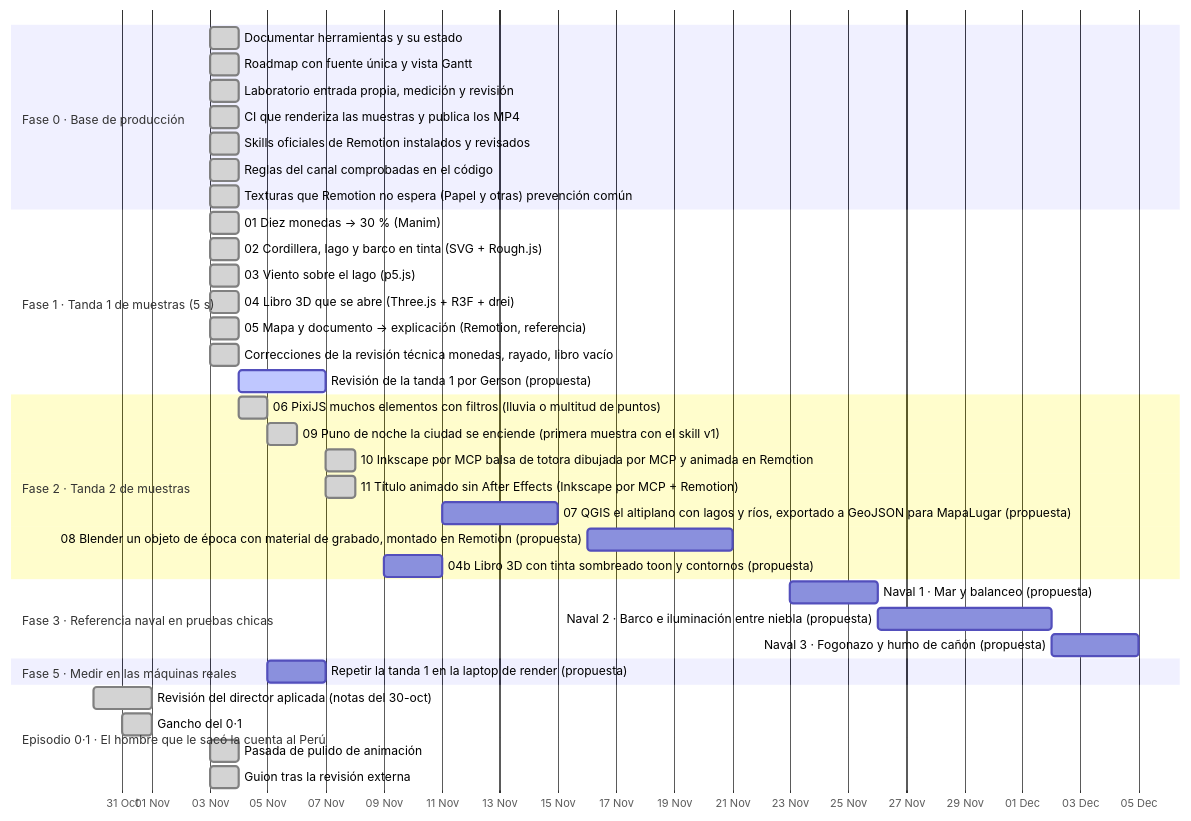
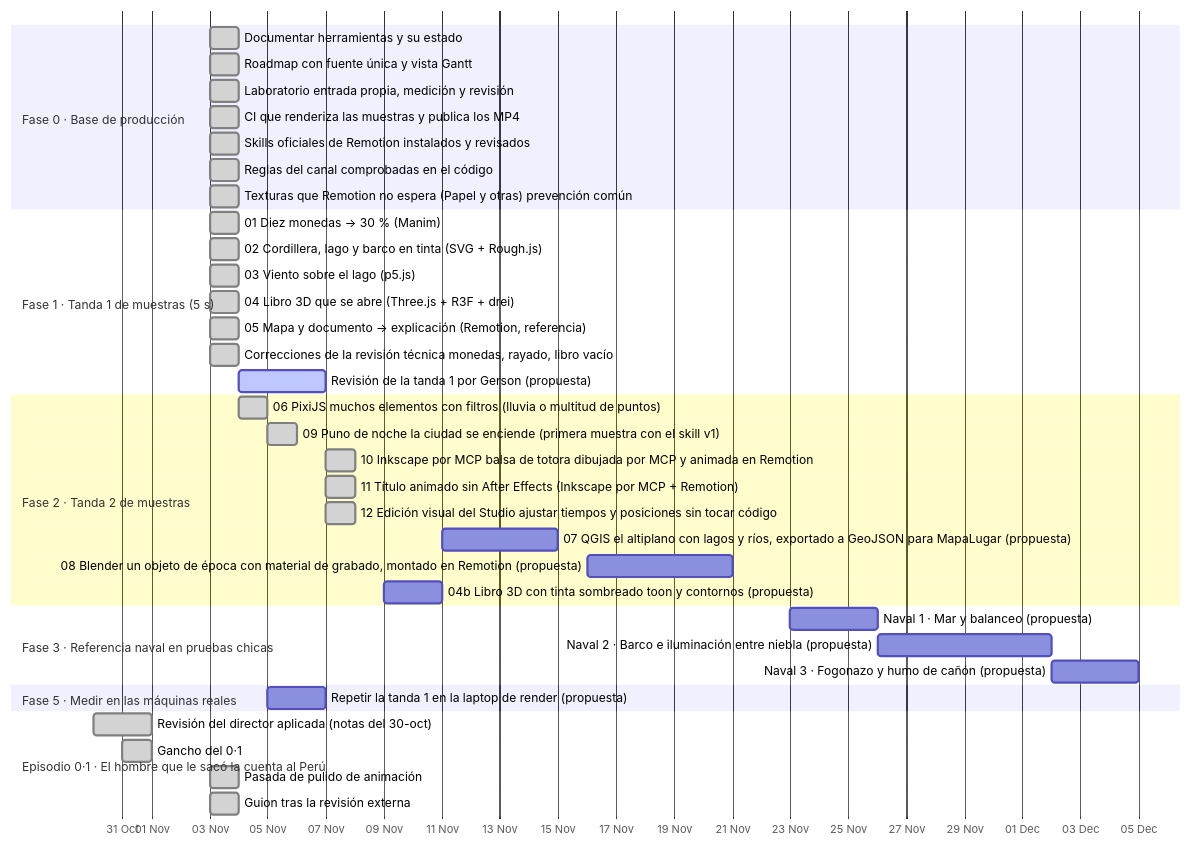
The diagram in ROADMAP.md (Eltiokarma/Remotion_HistoriaPer-), drawn with Mermaid before and after one commit. The commit also changed other lines of this file and 19 other files, not shown here.

````diff
--- a/ROADMAP.md
+++ b/ROADMAP.md
@@ -30,41 +30,42 @@
 ```mermaid
 gantt
   dateFormat YYYY-MM-DD
   axisFormat %d %b
   todayMarker off
   section Fase 0 · Base de producción
   Documentar herramientas y su estado :done, f0herramientas, 2026-11-03, 1d
   Roadmap con fuente única y vista Gantt :done, f0roadmap, 2026-11-03, 1d
   Laboratorio entrada propia, medición y revisión :done, f0laboratorio, 2026-11-03, 1d
   CI que renderiza las muestras y publica los MP4 :done, t1ci, 2026-11-03, 1d
   Skills oficiales de Remotion instalados y revisados :done, f0skillremotion, 2026-11-03, 1d
   Reglas del canal comprobadas en el código :done, f0reglascodigo, 2026-11-03, 1d
   Texturas que Remotion no espera (Papel y otras) prevención común :done, infrapapel, 2026-11-03, 1d
   section Fase 1 · Tanda 1 de muestras (5 s)
   01 Diez monedas → 30 % (Manim) :done, t1manim, 2026-11-03, 1d
   02 Cordillera, lago y barco en tinta (SVG + Rough.js) :done, t1tinta, 2026-11-03, 1d
   03 Viento sobre el lago (p5.js) :done, t1viento, 2026-11-03, 1d
   04 Libro 3D que se abre (Three.js + R3F + drei) :done, t1libro3d, 2026-11-03, 1d
   05 Mapa y documento → explicación (Remotion, referencia) :done, t1mapa, 2026-11-03, 1d
   Correcciones de la revisión técnica monedas, rayado, libro vacío :done, t1correcciones, 2026-11-03, 1d
   Revisión de la tanda 1 por Gerson (propuesta) :active, t1revision, 2026-11-04, 3d
   section Fase 2 · Tanda 2 de muestras
   06 PixiJS muchos elementos con filtros (lluvia o multitud de puntos) :done, t2pixi, 2026-11-04, 1d
   09 Puno de noche la ciudad se enciende (primera muestra con el skill v1) :done, t2puno, 2026-11-05, 1d
   10 Inkscape por MCP balsa de totora dibujada por MCP y animada en Remotion :done, t2inkscape, 2026-11-07, 1d
   11 Título animado sin After Effects (Inkscape por MCP + Remotion) :done, t2titulo, 2026-11-07, 1d
+  12 Edición visual del Studio ajustar tiempos y posiciones sin tocar código :done, t2studio, 2026-11-07, 1d
   07 QGIS el altiplano con lagos y ríos, exportado a GeoJSON para MapaLugar (propuesta) :t2qgis, 2026-11-11, 4d
   08 Blender un objeto de época con material de grabado, montado en Remotion (propuesta) :t2blender, 2026-11-16, 5d
   04b Libro 3D con tinta sombreado toon y contornos (propuesta) :t2toon, 2026-11-09, 2d
   section Fase 3 · Referencia naval en pruebas chicas
   Naval 1 · Mar y balanceo (propuesta) :n1mar, 2026-11-23, 3d
   Naval 2 · Barco e iluminación entre niebla (propuesta) :n2barco, 2026-11-26, 6d
   Naval 3 · Fogonazo y humo de cañón (propuesta) :n3fogonazo, 2026-12-02, 3d
   section Fase 5 · Medir en las máquinas reales
   Repetir la tanda 1 en la laptop de render (propuesta) :f5laptop, 2026-11-05, 2d
   section Episodio 0·1 · El hombre que le sacó la cuenta al Perú
   Revisión del director aplicada (notas del 30-oct) :done, e1revision, 2026-10-30, 2d
   Gancho del 0·1 :done, e1gancho, 2026-10-31, 1d
   Pasada de pulido de animación :done, e1pulido, 2026-11-03, 1d
   Guion tras la revisión externa :done, e1guionexterno, 2026-11-03, 1d
 ```
````
